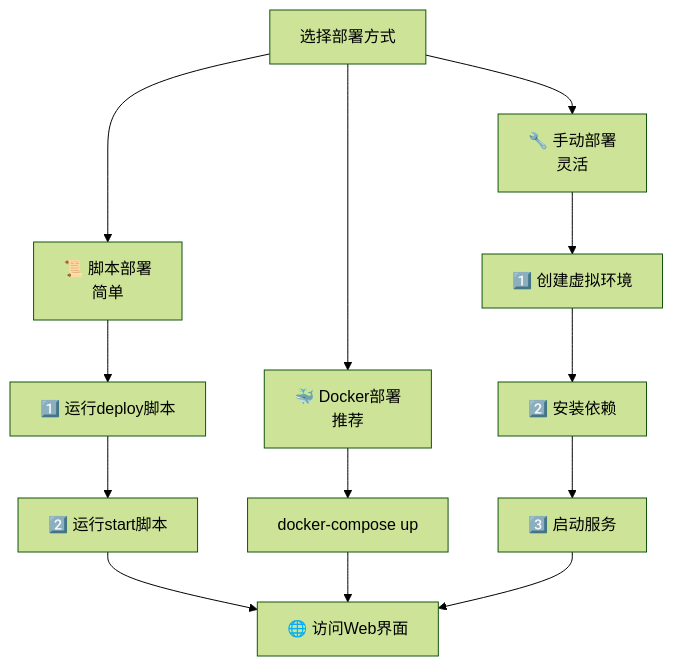
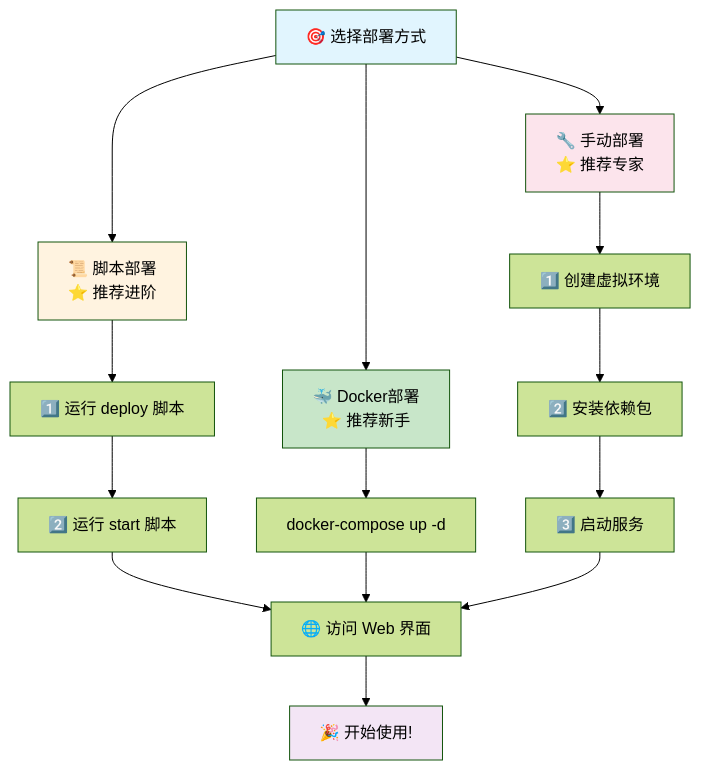
The first of 2 diagrams in README.md (BetaStreetOmnis/EasyRAG), drawn with Mermaid (forest theme) before and after one commit. The commit also changed other lines of this file and 27 other files, not shown here.

````diff
--- a/README.md
+++ b/README.md
@@ -129,18 +155,26 @@
 ```mermaid
 graph TD
-    A[选择部署方式] --> B[🐳 Docker部署<br/>推荐]
-    A --> C[📜 脚本部署<br/>简单]
-    A --> D[🔧 手动部署<br/>灵活]
+    A[🎯 选择部署方式] --> B[🐳 Docker部署<br/>⭐ 推荐新手]
+    A --> C[📜 脚本部署<br/>⭐ 推荐进阶]
+    A --> D[🔧 手动部署<br/>⭐ 推荐专家]
     
-    B --> E[docker-compose up]
-    C --> F[1️⃣ 运行deploy脚本]
+    B --> E[docker-compose up -d]
+    C --> F[1️⃣ 运行 deploy 脚本]
     D --> G[1️⃣ 创建虚拟环境]
     
-    F --> H[2️⃣ 运行start脚本]
-    G --> I[2️⃣ 安装依赖]
+    F --> H[2️⃣ 运行 start 脚本]
+    G --> I[2️⃣ 安装依赖包]
     
-    H --> J[🌐 访问Web界面]
+    H --> J[🌐 访问 Web 界面]
     I --> K[3️⃣ 启动服务]
     E --> J
     K --> J
+    
+    J --> L[🎉 开始使用!]
+    
+    style A fill:#e1f5fe
+    style B fill:#c8e6c9
+    style C fill:#fff3e0
+    style D fill:#fce4ec
+    style L fill:#f3e5f5
 ```
````
